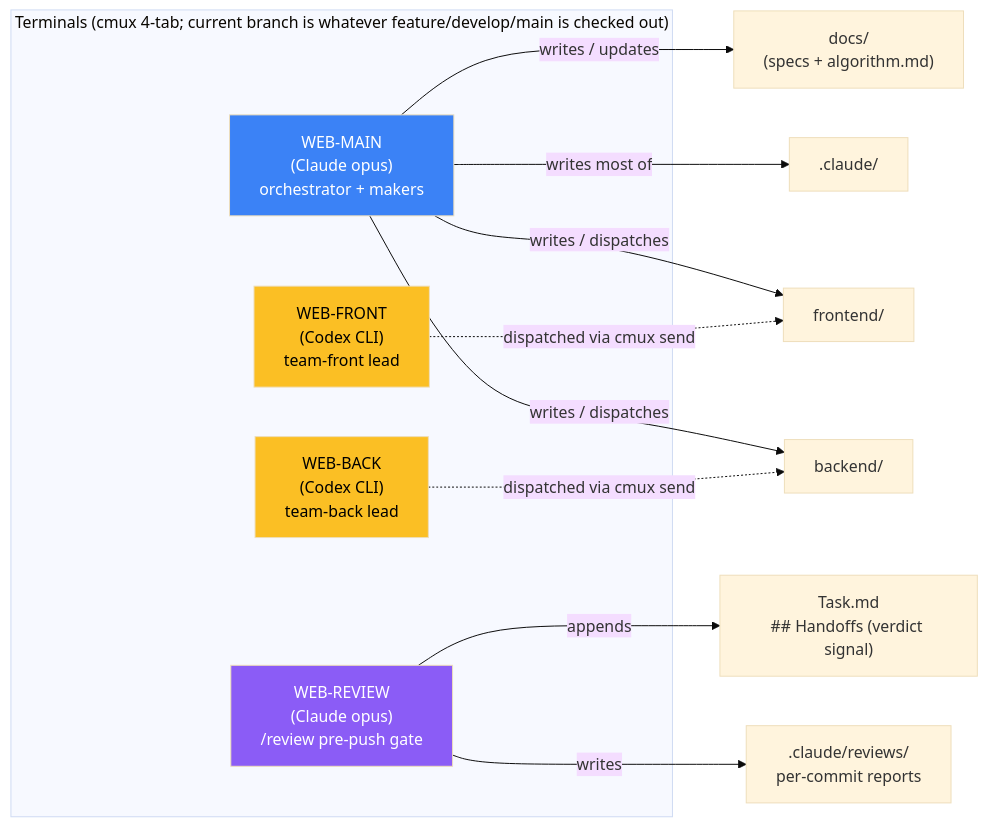
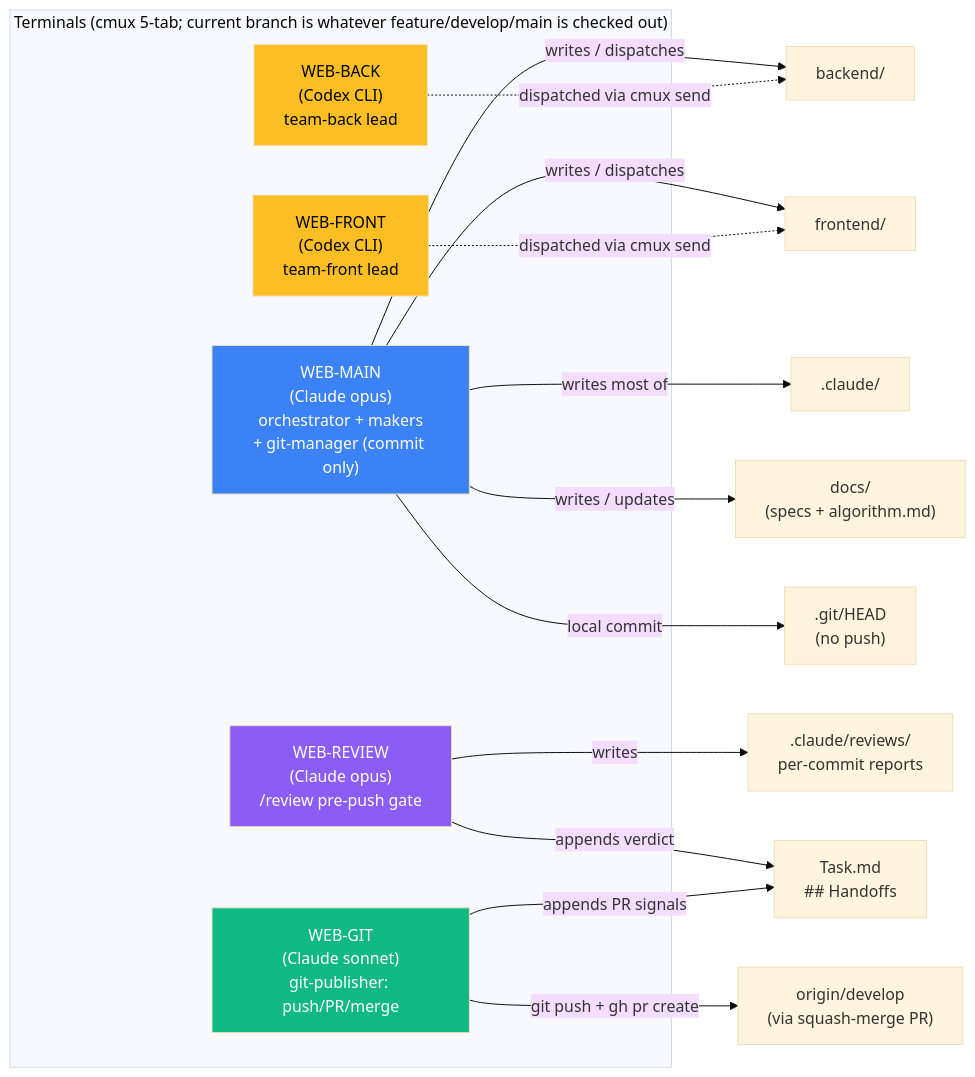
One commit to hongikarchi/archi-tinder changed the first of 7 diagrams in .claude/WORKFLOW.md. Above: the diagram before and after it, drawn with Mermaid (base theme). The commit also changed other lines of this file and 53 other files, not shown here.

````diff
--- a/.claude/WORKFLOW.md
+++ b/.claude/WORKFLOW.md
@@ -12,25 +12,31 @@
 ```mermaid
 flowchart LR
-    subgraph T["Terminals (cmux 4-tab; current branch is whatever feature/develop/main is checked out)"]
-        Main["WEB-MAIN<br/>(Claude opus)<br/>orchestrator + makers"]
+    subgraph T["Terminals (cmux 5-tab; current branch is whatever feature/develop/main is checked out)"]
+        Main["WEB-MAIN<br/>(Claude opus)<br/>orchestrator + makers<br/>+ git-manager (commit only)"]
         Back["WEB-BACK<br/>(Codex CLI)<br/>team-back lead"]
         Front["WEB-FRONT<br/>(Codex CLI)<br/>team-front lead"]
         Rev["WEB-REVIEW<br/>(Claude opus)<br/>/review pre-push gate"]
+        Git["WEB-GIT<br/>(Claude sonnet)<br/>git-publisher: push/PR/merge"]
     end
 
     Main -->|writes / dispatches| BE["backend/"]
     Main -->|writes / dispatches| FE["frontend/"]
     Main -->|writes most of| CL[".claude/"]
     Main -->|writes / updates| DOCS["docs/<br/>(specs + algorithm.md)"]
+    Main -->|local commit| GIT_LOCAL[".git/HEAD<br/>(no push)"]
 
     Back -.dispatched via cmux send.-> BE
     Front -.dispatched via cmux send.-> FE
 
     Rev -->|writes| RVR[".claude/reviews/<br/>per-commit reports"]
-    Rev -->|appends| HO["Task.md<br/>## Handoffs (verdict signal)"]
+    Rev -->|appends verdict| HO["Task.md<br/>## Handoffs"]
+
+    Git -->|git push + gh pr create| REMOTE["origin/develop<br/>(via squash-merge PR)"]
+    Git -->|appends PR signals| HO
 
     style Main fill:#3b82f6,color:#fff
     style Back fill:#fbbf24,color:#000
     style Front fill:#fbbf24,color:#000
     style Rev fill:#8b5cf6,color:#fff
+    style Git fill:#10b981,color:#fff
 ```
````
